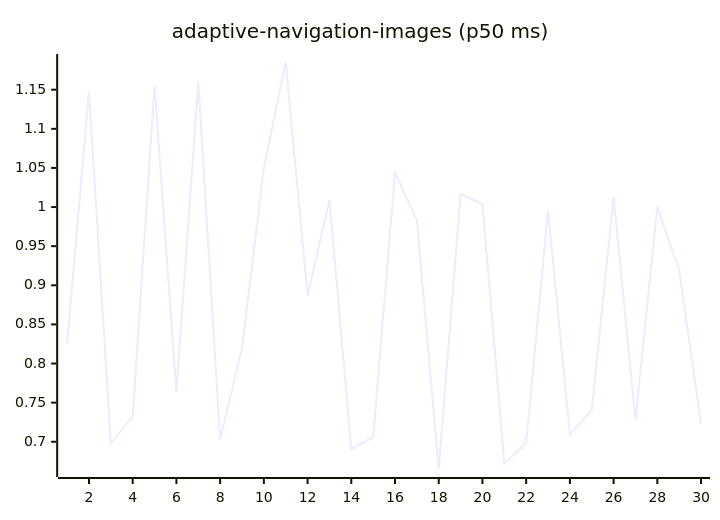
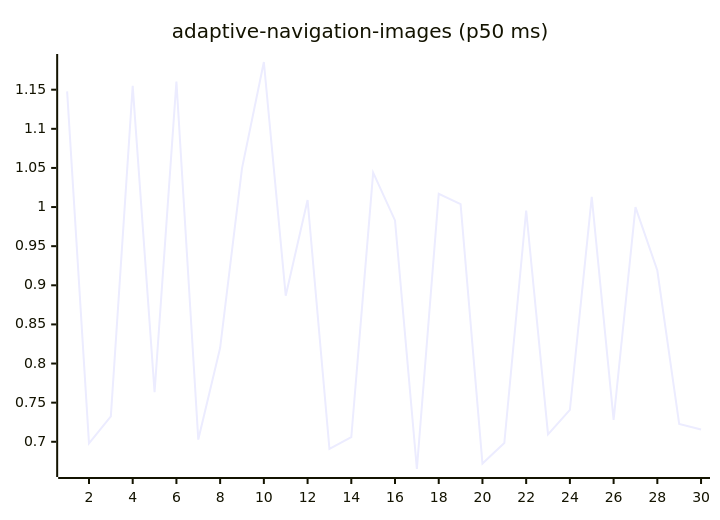
The first of 27 diagrams in README.md (josha/Facet), drawn with Mermaid before and after one commit. The commit also changed other lines of this file and 2 other files, not shown here.

````diff
--- a/README.md
+++ b/README.md
@@ -63,6 +63,6 @@
 ```mermaid
 xychart-beta
     title "adaptive-navigation-images (p50 ms)"
     x-axis 1 --> 30
-    line [0.8250, 1.1478, 0.6980, 0.7325, 1.1549, 0.7635, 1.1603, 0.7028, 0.8201, 1.0494, 1.1854, 0.8867, 1.0090, 0.6909, 0.7058, 1.0439, 0.9829, 0.6652, 1.0169, 1.0037, 0.6721, 0.6983, 0.9956, 0.7094, 0.7407, 1.0129, 0.7280, 1.0000, 0.9189, 0.7227]
+    line [1.1478, 0.6980, 0.7325, 1.1549, 0.7635, 1.1603, 0.7028, 0.8201, 1.0494, 1.1854, 0.8867, 1.0090, 0.6909, 0.7058, 1.0439, 0.9829, 0.6652, 1.0169, 1.0037, 0.6721, 0.6983, 0.9956, 0.7094, 0.7407, 1.0129, 0.7280, 1.0000, 0.9189, 0.7227, 0.7156]
 ```
````
